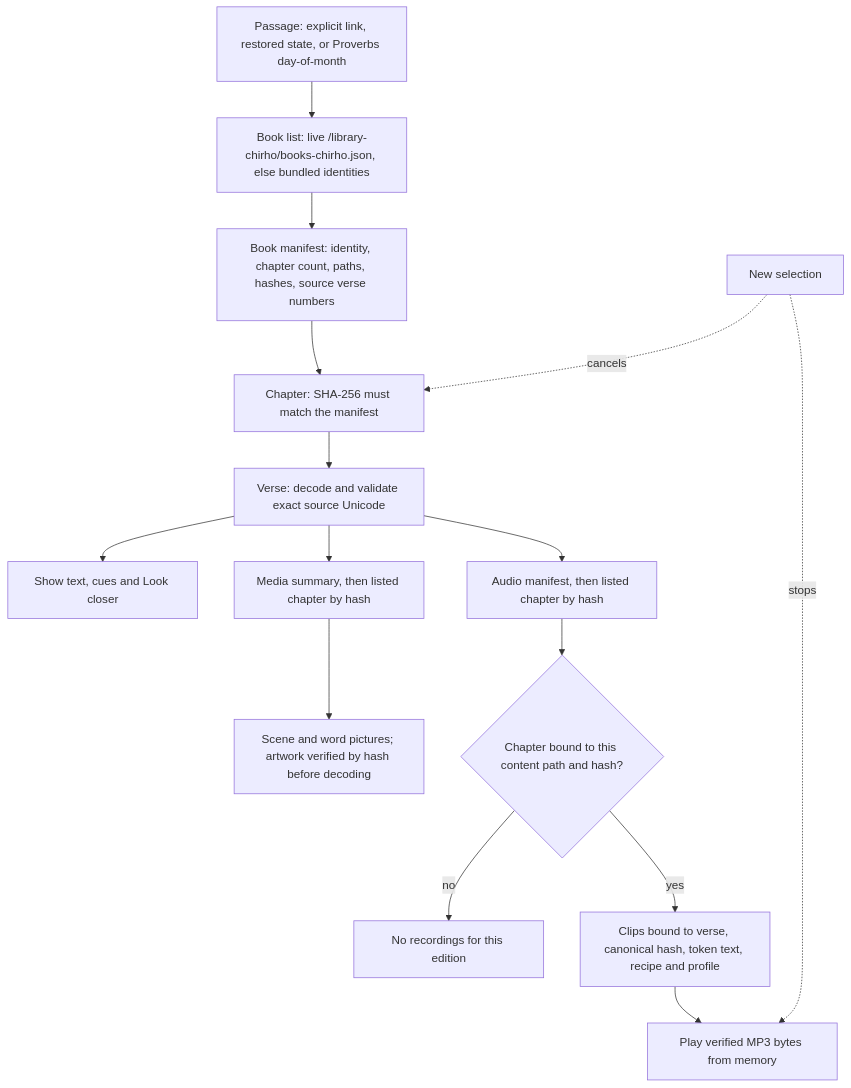
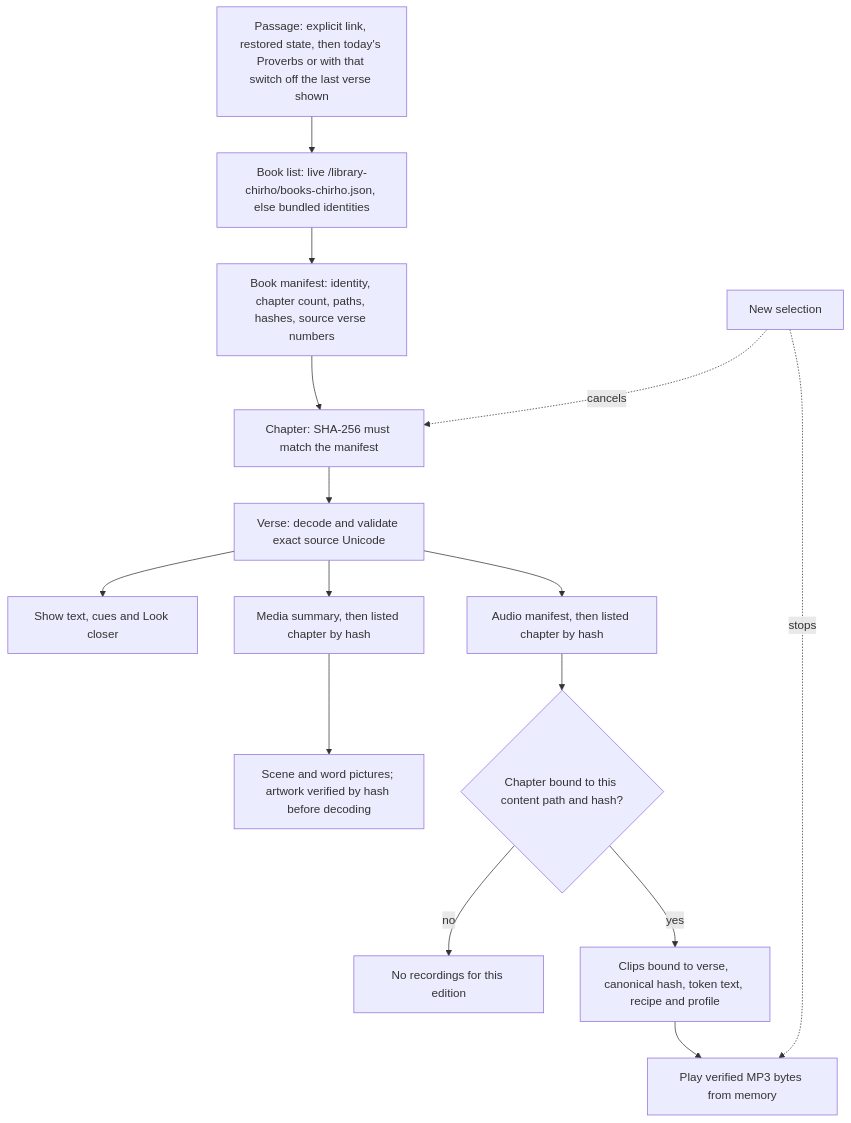
The diagram in apps-chirho/android-chirho/README-chirho.md (loveJesus/visual-biblical-language-reader-chirho), drawn with Mermaid before and after one commit. The commit also changed other lines of this file and 366 other files, not shown here.

````diff
--- a/apps-chirho/android-chirho/README-chirho.md
+++ b/apps-chirho/android-chirho/README-chirho.md
@@ -83,17 +83,17 @@
 ```mermaid
 flowchart TD
-    A[Passage: explicit link, restored state, or Proverbs day-of-month] --> B[Book list: live /library-chirho/books-chirho.json, else bundled identities]
+    A[Passage: explicit link, restored state, then today's Proverbs or with that switch off the last verse shown] --> B[Book list: live /library-chirho/books-chirho.json, else bundled identities]
     B --> C[Book manifest: identity, chapter count, paths, hashes, source verse numbers]
     C --> D[Chapter: SHA-256 must match the manifest]
     D --> E[Verse: decode and validate exact source Unicode]
     E --> F[Show text, cues and Look closer]
     E --> G[Media summary, then listed chapter by hash]
     G --> H[Scene and word pictures; artwork verified by hash before decoding]
     E --> I[Audio manifest, then listed chapter by hash]
     I --> J{Chapter bound to this content path and hash?}
     J -- no --> K[No recordings for this edition]
     J -- yes --> L[Clips bound to verse, canonical hash, token text, recipe and profile]
     L --> M[Play verified MP3 bytes from memory]
     N[New selection] -. cancels .-> D
     N -. stops .-> M
 ```
````
